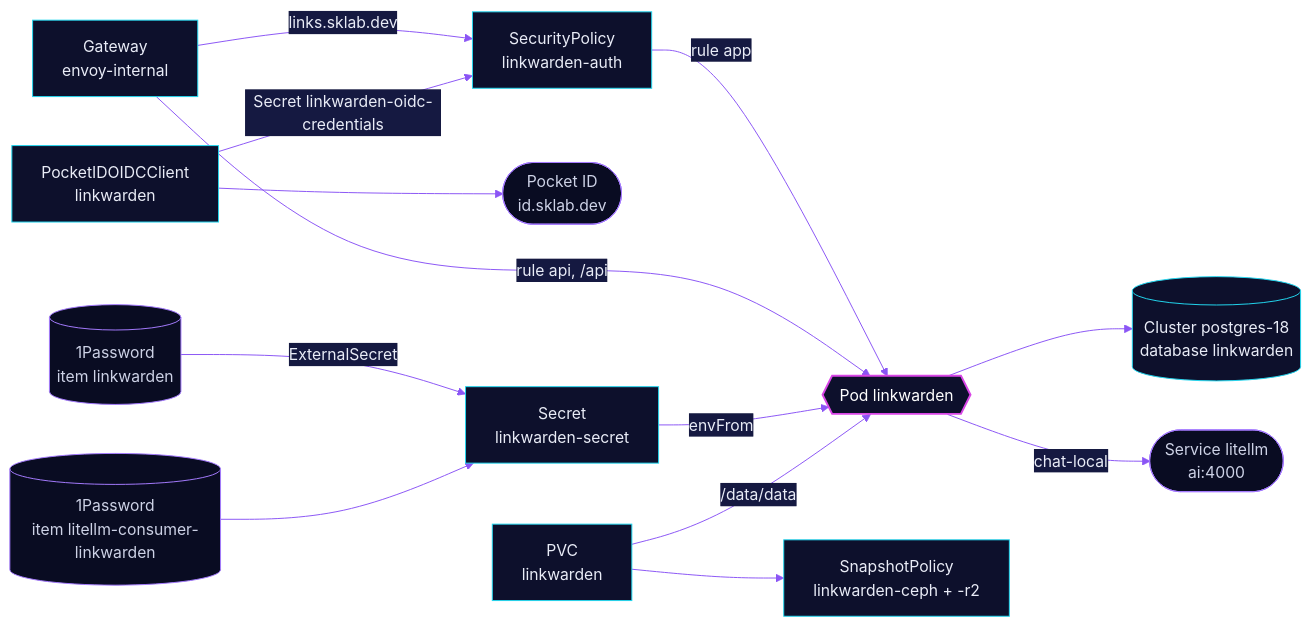
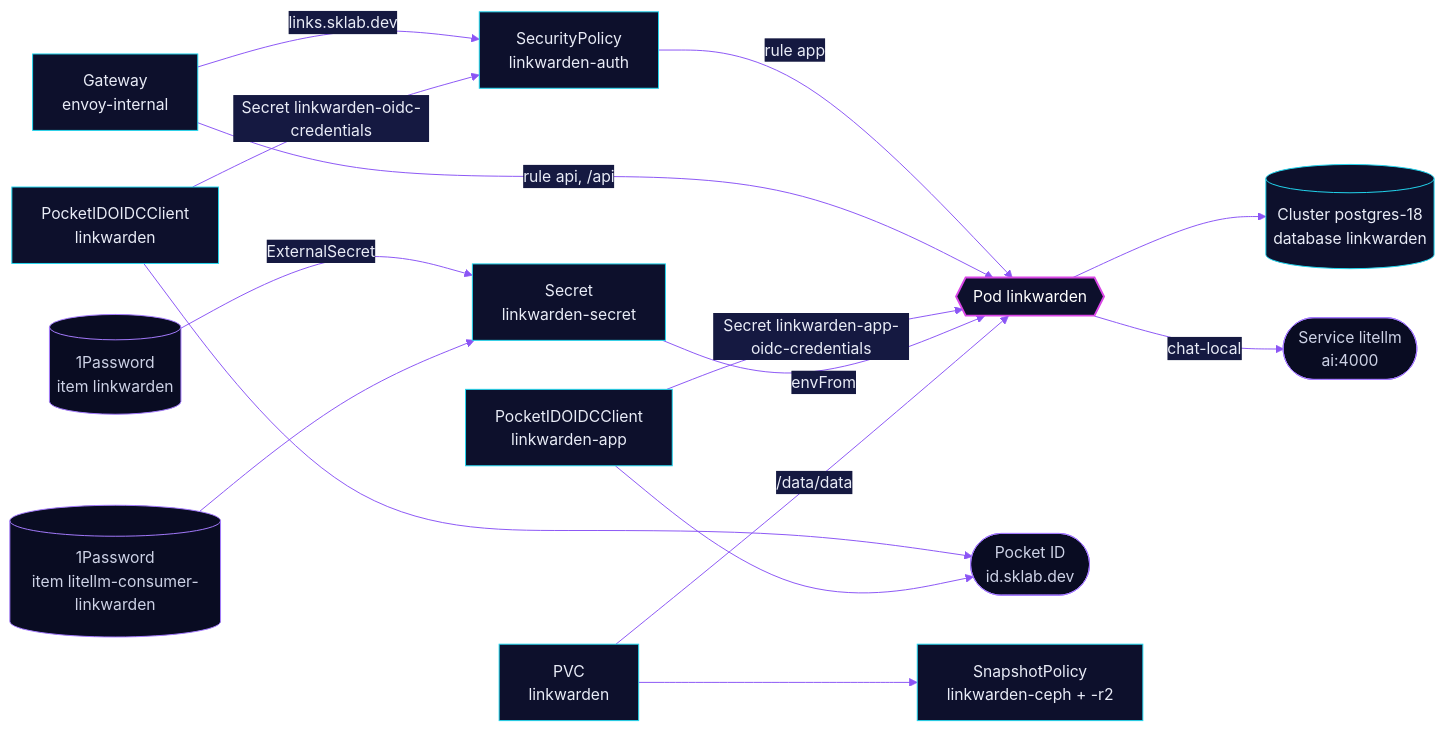
One commit to skrumbach/home-ops changed the diagram in kubernetes/apps/base/selfhosted/linkwarden/README.md. Above: the diagram before and after it, drawn with Mermaid. The commit also changed other lines of this file and 33 other files, not shown here.

````diff
--- a/kubernetes/apps/base/selfhosted/linkwarden/README.md
+++ b/kubernetes/apps/base/selfhosted/linkwarden/README.md
@@ -36,20 +41,22 @@
 ```mermaid
 %%{init: {'theme':'base','themeVariables':{'primaryColor':'#0D102C','primaryTextColor':'#E9ECF7','primaryBorderColor':'#22D8F0','lineColor':'#8B55F5','secondaryColor':'#151941','tertiaryColor':'#090C22','edgeLabelBackground':'#151941'}}}%%
 flowchart LR
   gw["Gateway<br/>envoy-internal"] -->|"links.sklab.dev"| pol["SecurityPolicy<br/>linkwarden-auth"]
   pol -->|"rule app"| pod{{"Pod linkwarden"}}
   gw -->|"rule api, /api"| pod
   cl["PocketIDOIDCClient<br/>linkwarden"] -->|"Secret linkwarden-oidc-credentials"| pol
   cl --> pid(["Pocket ID<br/>id.sklab.dev"])
+  cla["PocketIDOIDCClient<br/>linkwarden-app"] -->|"Secret linkwarden-app-oidc-credentials"| pod
+  cla --> pid
   op[("1Password<br/>item linkwarden")] -->|ExternalSecret| sec["Secret<br/>linkwarden-secret"]
   lkey[("1Password<br/>item litellm-consumer-linkwarden")] --> sec
   sec -->|envFrom| pod
   pod --> db[("Cluster postgres-18<br/>database linkwarden")]
   pod -->|chat-local| llm(["Service litellm<br/>ai:4000"])
   pvc["PVC<br/>linkwarden"] -->|/data/data| pod
   pvc --> sp["SnapshotPolicy<br/>linkwarden-ceph + -r2"]
   classDef accent fill:#0D102C,stroke:#D946E6,stroke-width:2px,color:#FFFFFF
   classDef ext fill:#090C22,stroke:#A57BFF,color:#CDD2E6
   class pod accent
   class op,lkey,pid,llm ext
 ```
````
